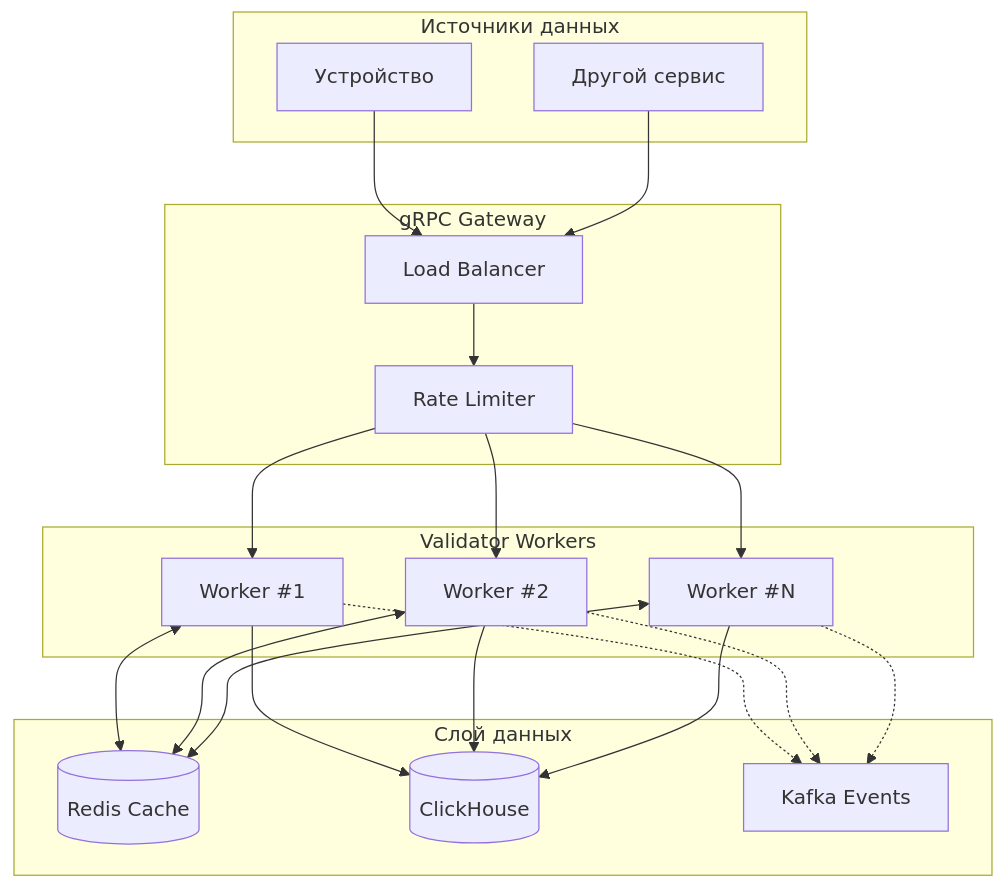
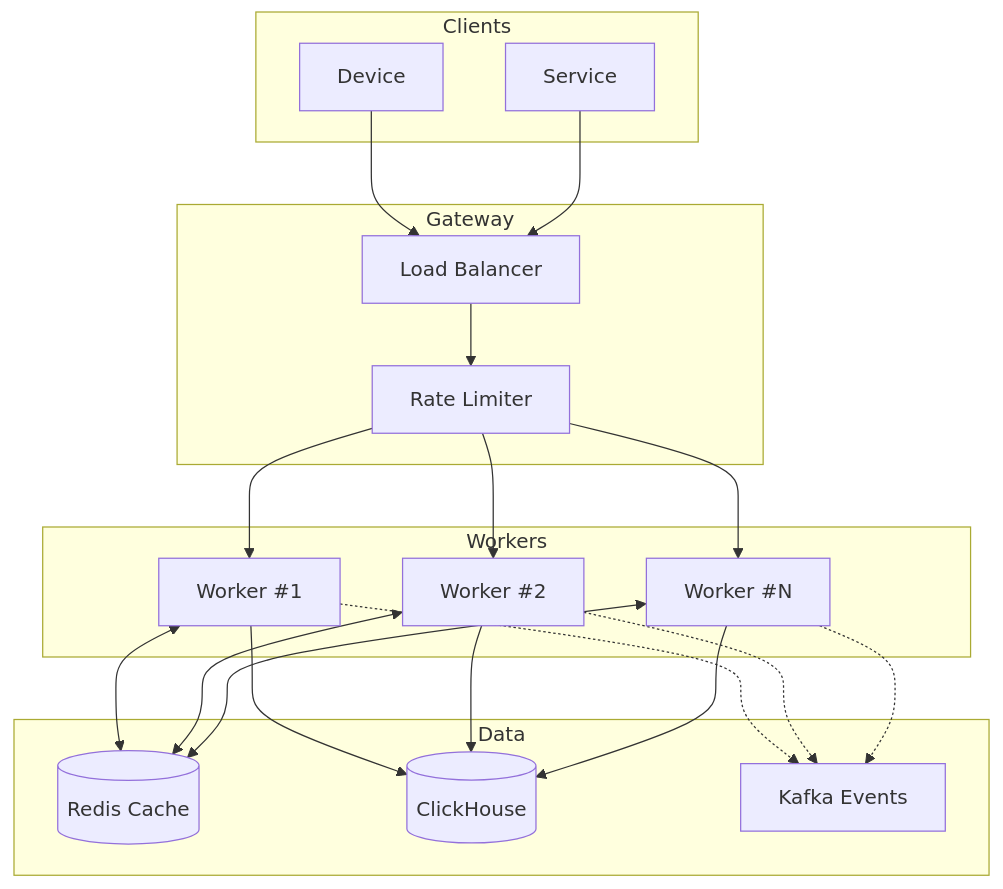
One commit to hzname/coordinate-validator changed the first of 6 diagrams in docs/architecture.md. Above: the diagram before and after it, drawn with Mermaid. The commit also changed other lines of this file, not shown here.

Commit message:
Fix Mermaid diagram syntax errors in architecture docs

````diff
--- a/docs/architecture.md
+++ b/docs/architecture.md
@@ -5,43 +5,43 @@
 ```mermaid
 flowchart TB
-    subgraph Clients["Источники данных"]
-        Device[Устройство]
-        Service[Другой сервис]
+    subgraph Clients
+        Device[Device]
+        Service[Service]
     end
 
-    subgraph Gateway["gRPC Gateway"]
+    subgraph Gateway
         LB[Load Balancer]
         RateLimit[Rate Limiter]
     end
 
-    subgraph Workers["Validator Workers"]
+    subgraph Workers
         W1[Worker #1]
         W2[Worker #2]
         W3[Worker #N]
     end
 
-    subgraph Data["Слой данных"]
+    subgraph Data
         Redis[(Redis Cache)]
         ClickHouse[(ClickHouse)]
         Kafka[Kafka Events]
     end
 
     Device --> LB
     Service --> LB
     LB --> RateLimit
     RateLimit --> W1
     RateLimit --> W2
     RateLimit --> W3
 
     W1 <--> Redis
     W2 <--> Redis
     W3 <--> Redis
 
     W1 --> ClickHouse
     W2 --> ClickHouse
     W3 --> ClickHouse
 
     W1 -.-> Kafka
     W2 -.-> Kafka
     W3 -.-> Kafka
 ```
````
